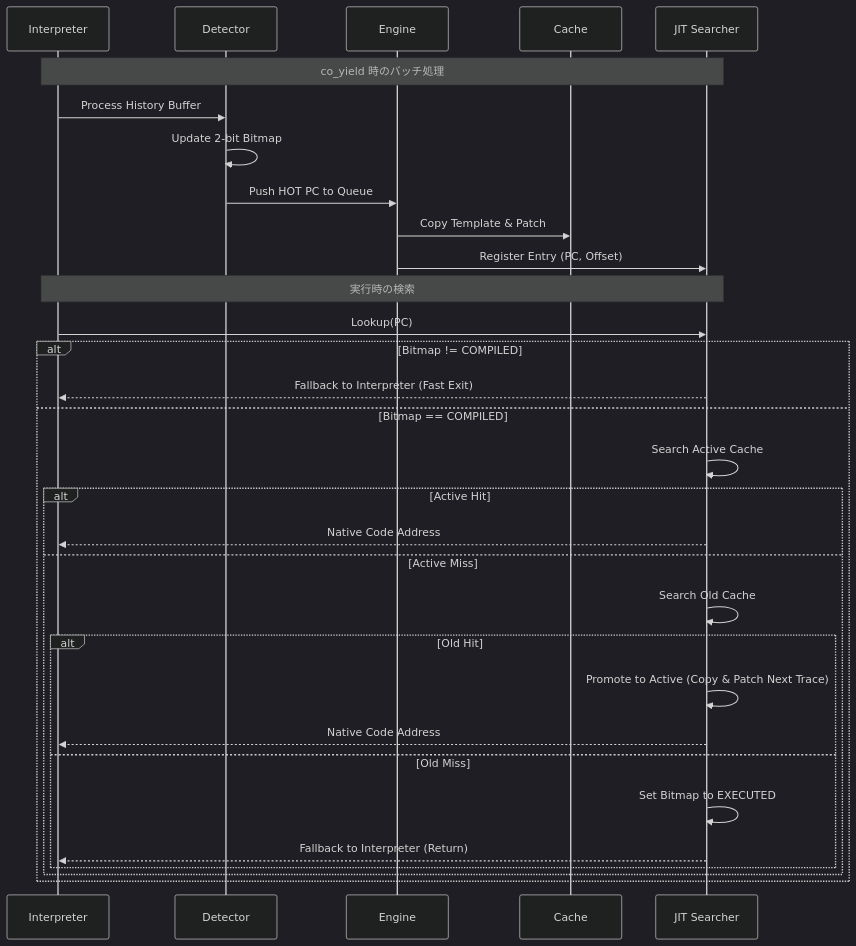
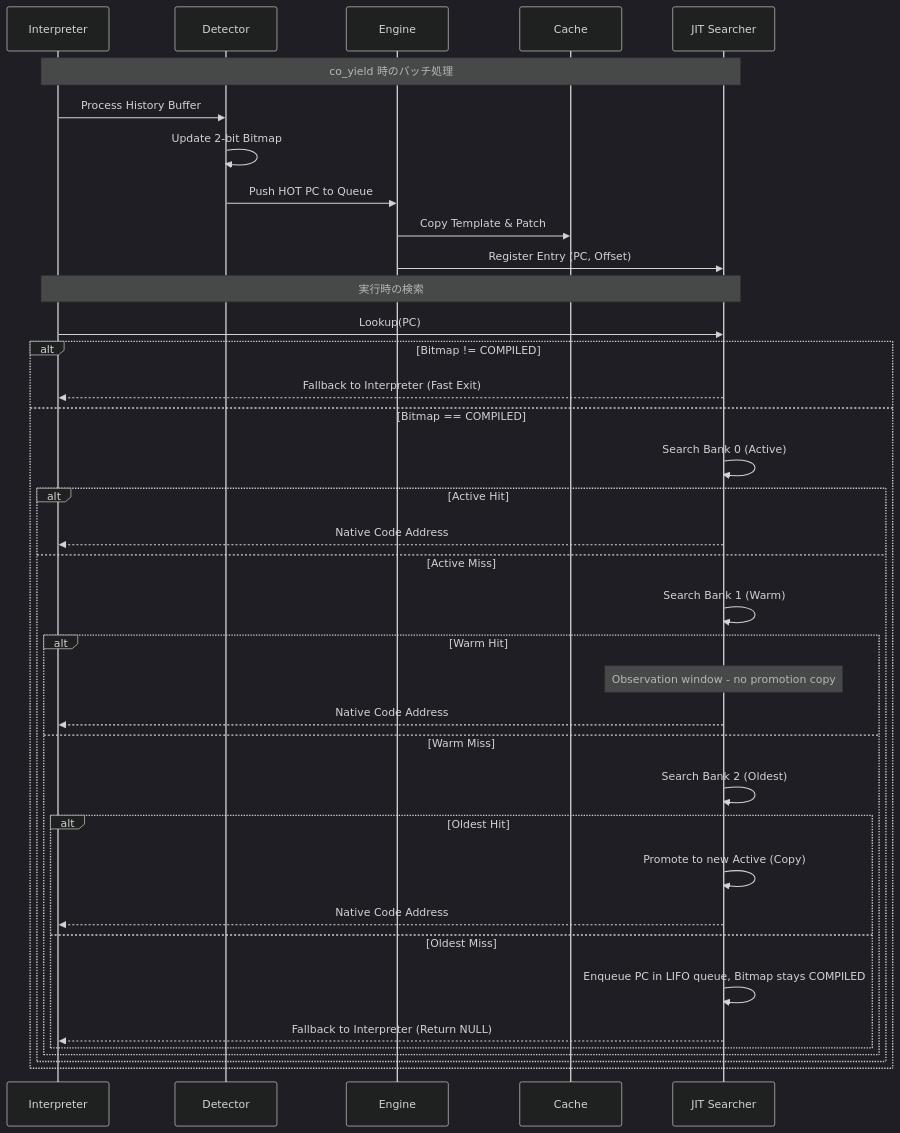
Before and after one commit to kmt-t/fireball: the third of 3 diagrams in docs/components/tier3_jit/jit_compiler.md, drawn with Mermaid (dark theme). The commit also changed other lines of this file and 24 other files, not shown here.

````diff
--- a/docs/components/tier3_jit/jit_compiler.md
+++ b/docs/components/tier3_jit/jit_compiler.md
@@ -210,35 +212,41 @@
 ```mermaid
 sequenceDiagram
     participant I as Interpreter
     participant D as Detector
     participant E as Engine
     participant C as Cache
     participant S as JIT Searcher
 
     Note over I, S: co_yield 時のバッチ処理
     I->>D: Process History Buffer
     D->>D: Update 2-bit Bitmap
     D->>E: Push HOT PC to Queue
     E->>C: Copy Template & Patch
     E->>S: Register Entry (PC, Offset)
     
     Note over I, S: 実行時の検索
     I->>S: Lookup(PC)
     alt Bitmap != COMPILED
         S-->>I: Fallback to Interpreter (Fast Exit)
     else Bitmap == COMPILED
-        S->>S: Search Active Cache
+        S->>S: Search Bank 0 (Active)
         alt Active Hit
             S-->>I: Native Code Address
         else Active Miss
-            S->>S: Search Old Cache
-            alt Old Hit
-                S->>S: Promote to Active (Copy & Patch Next Trace)
+            S->>S: Search Bank 1 (Warm)
+            alt Warm Hit
+                Note over S: Observation window - no promotion copy
                 S-->>I: Native Code Address
-            else Old Miss
-                S->>S: Set Bitmap to EXECUTED
-                S-->>I: Fallback to Interpreter (Return)
+            else Warm Miss
+                S->>S: Search Bank 2 (Oldest)
+                alt Oldest Hit
+                    S->>S: Promote to new Active (Copy)
+                    S-->>I: Native Code Address
+                else Oldest Miss
+                    S->>S: Enqueue PC in LIFO queue, Bitmap stays COMPILED
+                    S-->>I: Fallback to Interpreter (Return NULL)
+                end
             end
         end
     end
 ```
````
